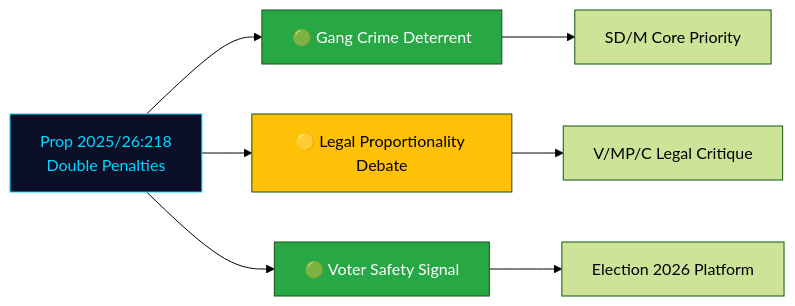
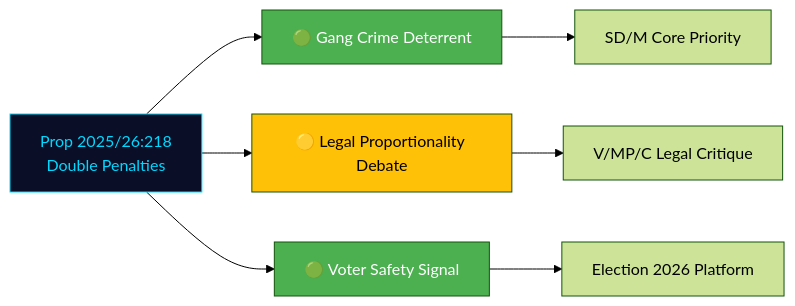
Before and after one commit to Hack23/riksdagsmonitor: the diagram in analysis/daily/2026-04-13/propositions/documents/hd03218-analysis.md, drawn with Mermaid (forest theme). The commit also changed 785 other files, not shown here.

First line of the commit message:
Normalize mermaid colors across 786 analysis artifacts to ISMS Style Guide palette

````diff
--- a/analysis/daily/2026-04-13/propositions/documents/hd03218-analysis.md
+++ b/analysis/daily/2026-04-13/propositions/documents/hd03218-analysis.md
@@ -21,14 +21,14 @@
 ```mermaid
 flowchart LR
     A["Prop 2025/26:218<br/>Double Penalties"] --> B["🟢 Gang Crime Deterrent"]
     A --> C["🟡 Legal Proportionality Debate"]
     A --> D["🟢 Voter Safety Signal"]
     B --> E["SD/M Core Priority"]
     C --> F["V/MP/C Legal Critique"]
     D --> G["Election 2026 Platform"]
 
     style A fill:#0a0e27,color:#00d9ff,stroke:#00d9ff
-    style B fill:#28a745,color:#fff
-    style C fill:#ffc107,color:#000
-    style D fill:#28a745,color:#fff
+    style B fill:#4CAF50,color:#FFFFFF
+    style C fill:#FFC107,color:#000000
+    style D fill:#4CAF50,color:#FFFFFF
 ```
````
